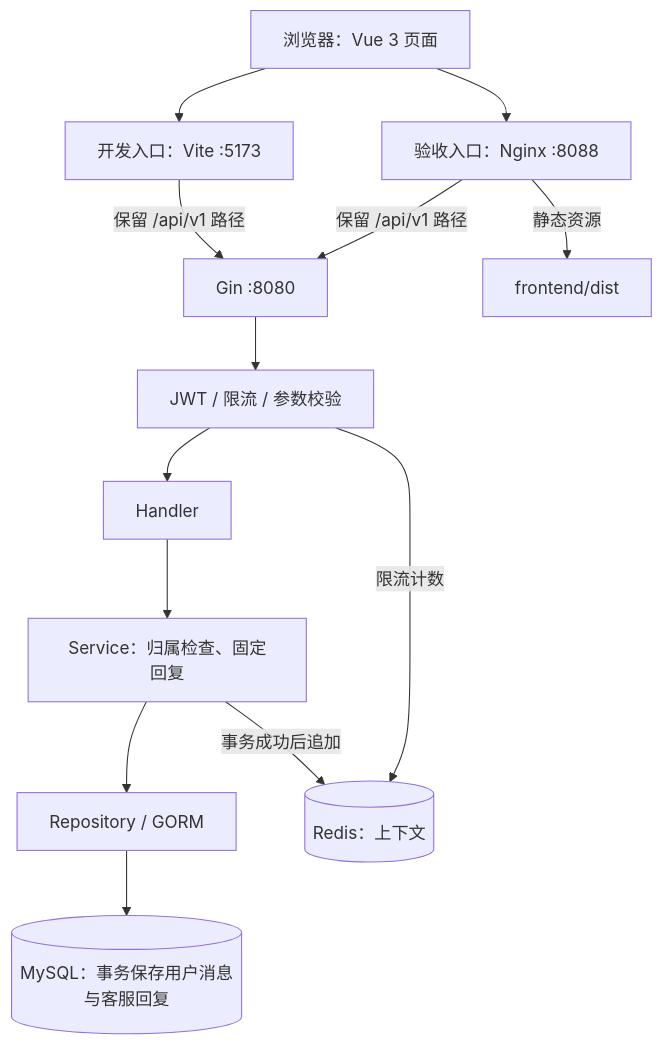
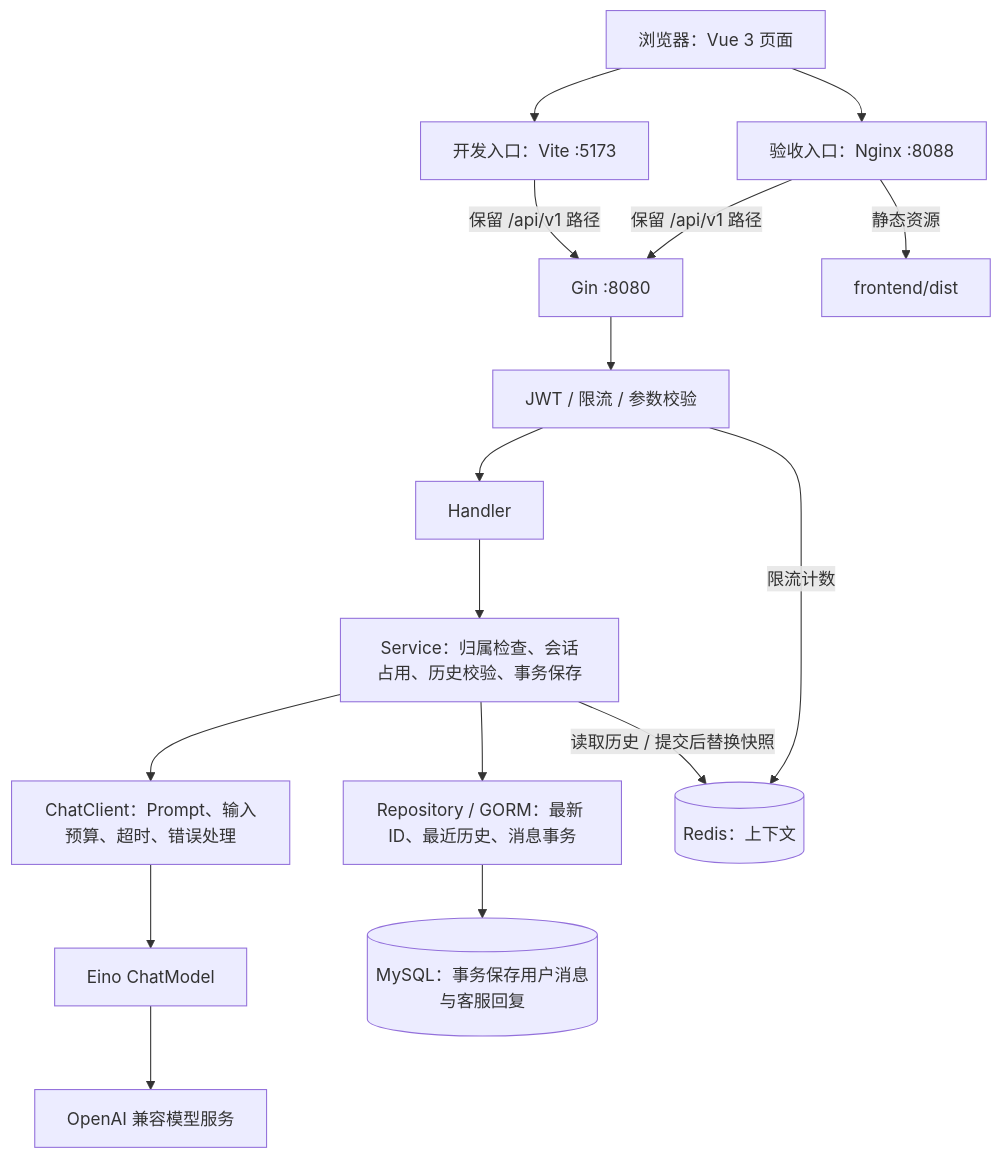
One commit to Kami1naBotan/video-support-agent changed the diagram in README.md. Above: the diagram before and after it, drawn with Mermaid. The commit also changed other lines of this file and 43 other files, not shown here.

Commit message:
integrate eino model

````diff
--- a/README.md
+++ b/README.md
@@ -208,20 +238,23 @@
 ```mermaid
 flowchart TD
     Browser["浏览器：Vue 3 页面"]
 
     Browser --> Vite["开发入口：Vite :5173"]
     Browser --> Nginx["验收入口：Nginx :8088"]
 
     Vite -->|"保留 /api/v1 路径"| Gin["Gin :8080"]
     Nginx -->|"静态资源"| Dist["frontend/dist"]
     Nginx -->|"保留 /api/v1 路径"| Gin
 
     Gin --> Auth["JWT / 限流 / 参数校验"]
     Auth --> Handler["Handler"]
-    Handler --> Service["Service：归属检查、固定回复"]
-    Service --> Repository["Repository / GORM"]
+    Handler --> Service["Service：归属检查、会话占用、历史校验、事务保存"]
+    Service --> Chat["ChatClient：Prompt、输入预算、超时、错误处理"]
+    Chat --> Eino["Eino ChatModel"]
+    Eino --> LLM["OpenAI 兼容模型服务"]
+    Service --> Repository["Repository / GORM：最新 ID、最近历史、消息事务"]
     Repository --> MySQL[("MySQL：事务保存用户消息与客服回复")]
 
-    Service -->|"事务成功后追加"| Redis[("Redis：上下文")]
+    Service -->|"读取历史 / 提交后替换快照"| Redis[("Redis：上下文")]
     Auth -->|"限流计数"| Redis
 ```
````
